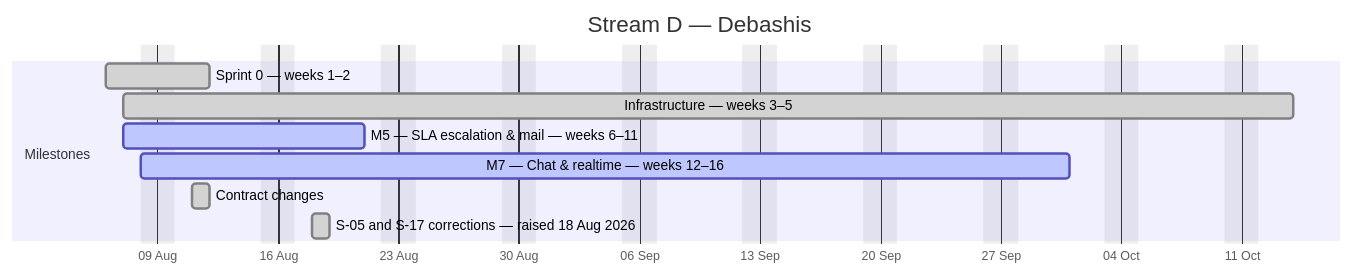
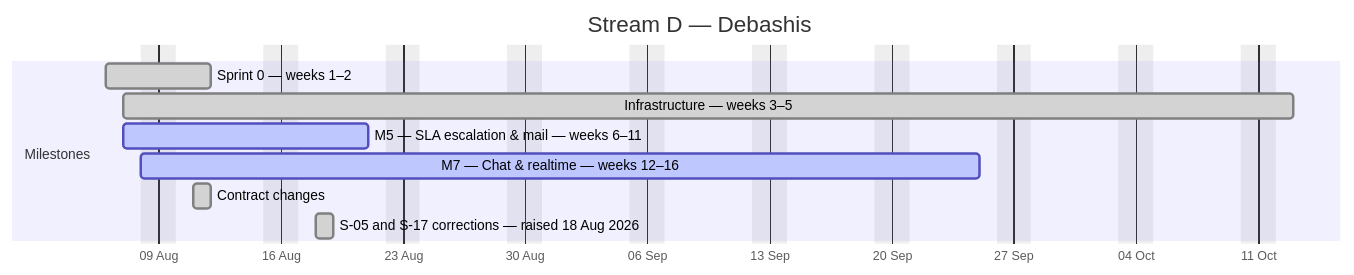
Before and after one commit to debashisedunext/EduTrack: the fourth of 4 diagrams in docs/plan/GANTT.md, drawn with Mermaid. The commit also changed other lines of this file and 3 other files, not shown here.

````diff
--- a/docs/plan/GANTT.md
+++ b/docs/plan/GANTT.md
@@ -146,14 +145,14 @@
 ```mermaid
 gantt
     dateFormat YYYY-MM-DD
     axisFormat %d %b
     title Stream D — Debashis
     excludes weekends
     section Milestones
     Sprint 0 — weeks 1–2 :done, d0, 2026-08-06, 4d
-    Infrastructure — weeks 3–5 :done, d1, 2026-08-07, 48d
+    Infrastructure — weeks 3–5 :done, d1, 2026-08-07, 47d
     M5 — SLA  escalation & mail — weeks 6–11 :active, d2, 2026-08-07, 10d
-    M7 — Chat & realtime — weeks 12–16 :active, d3, 2026-08-08, 39d
+    M7 — Chat & realtime — weeks 12–16 :active, d3, 2026-08-08, 35d
     Contract changes :done, d4, 2026-08-11, 1d
     S-05 and S-17 corrections — raised 18 Aug 2026 :done, d5, 2026-08-18, 1d
 ```
````
